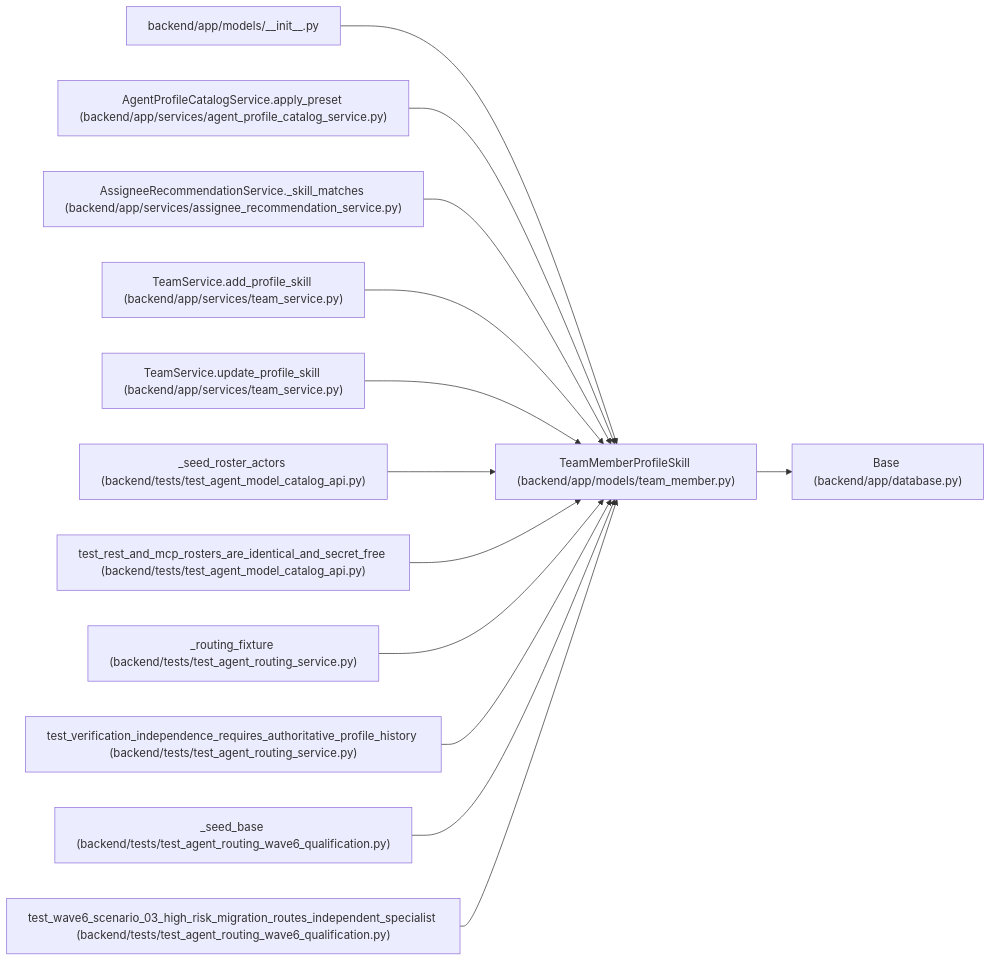
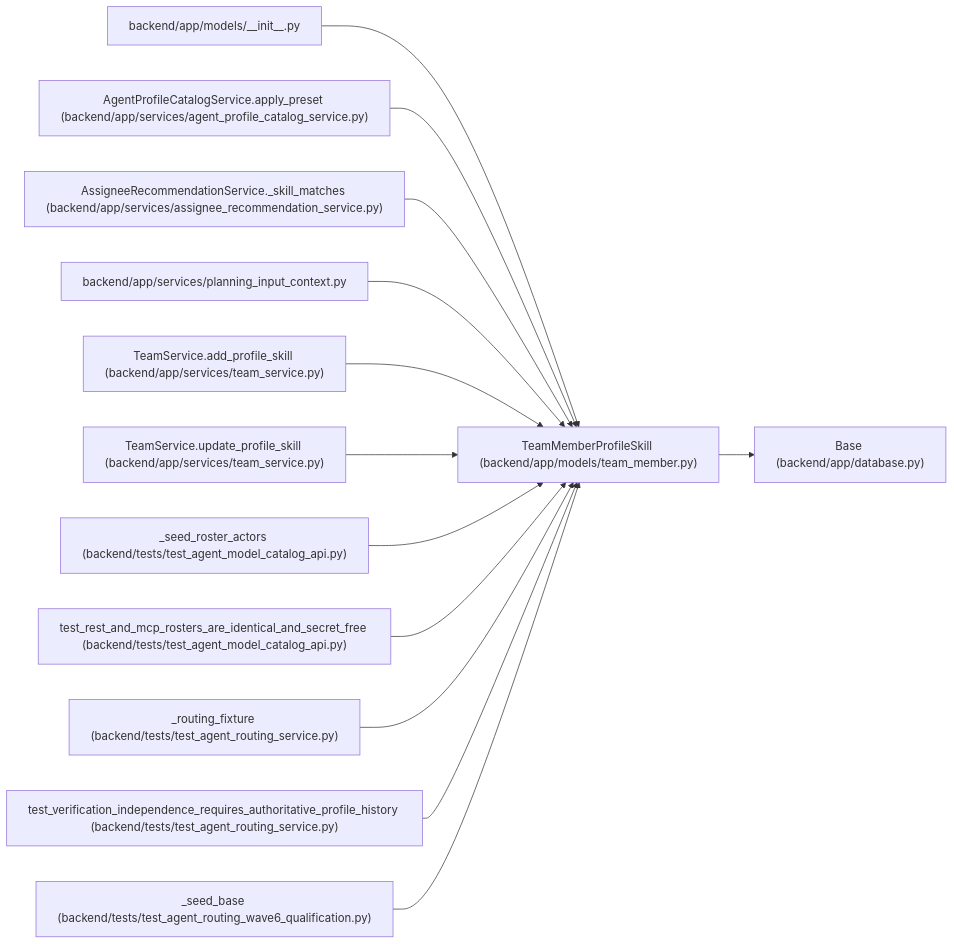
Before and after one commit to Denissvgn/WorkChord: the diagram in docs/llm_wiki/entities/team_member_TeamMemberProfileSkill.md, drawn with Mermaid. The commit also changed other lines of this file and 10148 other files, not shown here.

````diff
--- a/docs/llm_wiki/entities/team_member_TeamMemberProfileSkill.md
+++ b/docs/llm_wiki/entities/team_member_TeamMemberProfileSkill.md
@@ -37,41 +37,41 @@
 ```mermaid
 flowchart LR
     n0["TeamMemberProfileSkill (backend/app/models/team_member.py)"]
     n1["Base (backend/app/database.py)"]
     n2["backend/app/models/__init__.py"]
     n3["AgentProfileCatalogService.apply_preset (backend/app/services/agent_profile_catalog_service.py)"]
     n4["AssigneeRecommendationService._skill_matches (backend/app/services/assignee_recommendation_service.py)"]
-    n5["TeamService.add_profile_skill (backend/app/services/team_service.py)"]
-    n6["TeamService.update_profile_skill (backend/app/services/team_service.py)"]
-    n7["_seed_roster_actors (backend/tests/test_agent_model_catalog_api.py)"]
-    n8["test_rest_and_mcp_rosters_are_identical_and_secret_free (backend/tests/test_agent_model_catalog_api.py)"]
-    n9["_routing_fixture (backend/tests/test_agent_routing_service.py)"]
-    n10["test_verification_independence_requires_authoritative_profile_history (backend/tests/test_agent_routing_service.py)"]
-    n11["_seed_base (backend/tests/test_agent_routing_wave6_qualification.py)"]
-    n12["test_wave6_scenario_03_high_risk_migration_routes_independent_specialist (backend/tests/test_agent_routing_wave6_qualification.py)"]
+    n5["backend/app/services/planning_input_context.py"]
+    n6["TeamService.add_profile_skill (backend/app/services/team_service.py)"]
+    n7["TeamService.update_profile_skill (backend/app/services/team_service.py)"]
+    n8["_seed_roster_actors (backend/tests/test_agent_model_catalog_api.py)"]
+    n9["test_rest_and_mcp_rosters_are_identical_and_secret_free (backend/tests/test_agent_model_catalog_api.py)"]
+    n10["_routing_fixture (backend/tests/test_agent_routing_service.py)"]
+    n11["test_verification_independence_requires_authoritative_profile_history (backend/tests/test_agent_routing_service.py)"]
+    n12["_seed_base (backend/tests/test_agent_routing_wave6_qualification.py)"]
     n0 --> n1
     n2 --> n0
     n3 --> n0
     n4 --> n0
     n5 --> n0
     n6 --> n0
     n7 --> n0
     n8 --> n0
     n9 --> n0
     n10 --> n0
     n11 --> n0
     n12 --> n0
     click n0 "../modules/team_member.md"
     click n1 "../modules/app_database.md"
     click n2 "../modules/models___init__.md"
     click n3 "../modules/agent_profile_catalog_service.md"
     click n4 "../modules/assignee_recommendation_service.md"
-    click n5 "../modules/team_service.md"
+    click n5 "../modules/planning_input_context.md"
     click n6 "../modules/team_service.md"
-    click n7 "../modules/test_agent_model_catalog_api.md"
+    click n7 "../modules/team_service.md"
     click n8 "../modules/test_agent_model_catalog_api.md"
-    click n9 "../modules/test_agent_routing_service.md"
+    click n9 "../modules/test_agent_model_catalog_api.md"
     click n10 "../modules/test_agent_routing_service.md"
-    click n11 "../modules/test_agent_routing_wave6_qualification.md"
+    click n11 "../modules/test_agent_routing_service.md"
     click n12 "../modules/test_agent_routing_wave6_qualification.md"
 ```
````
